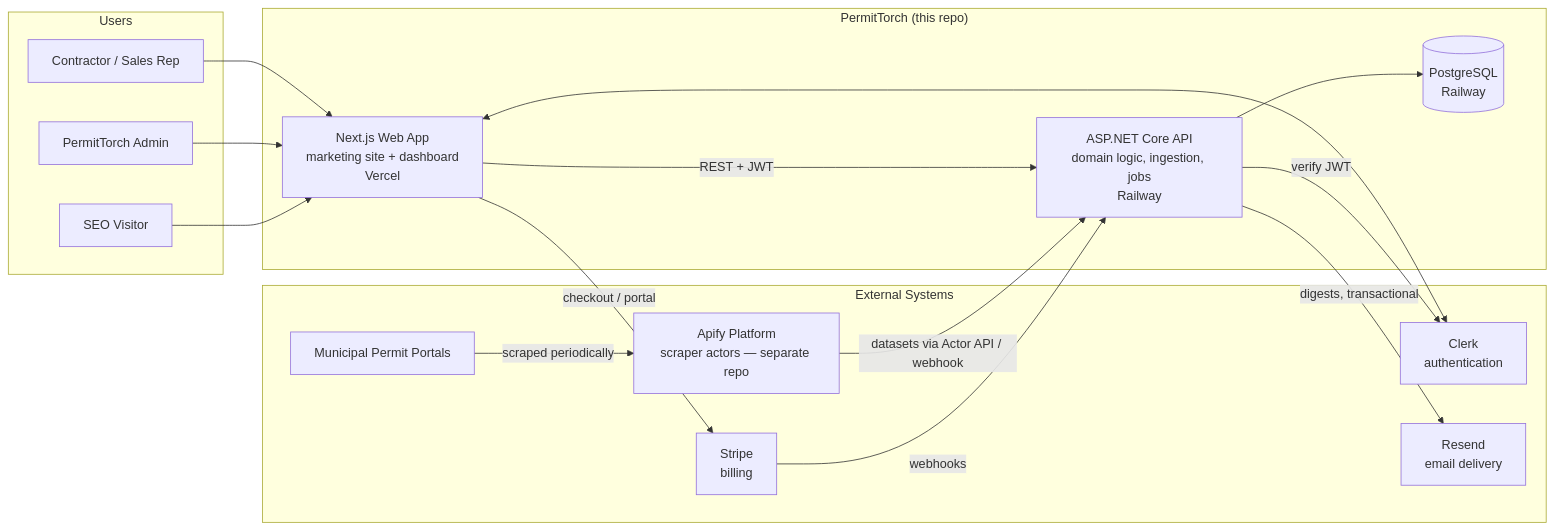
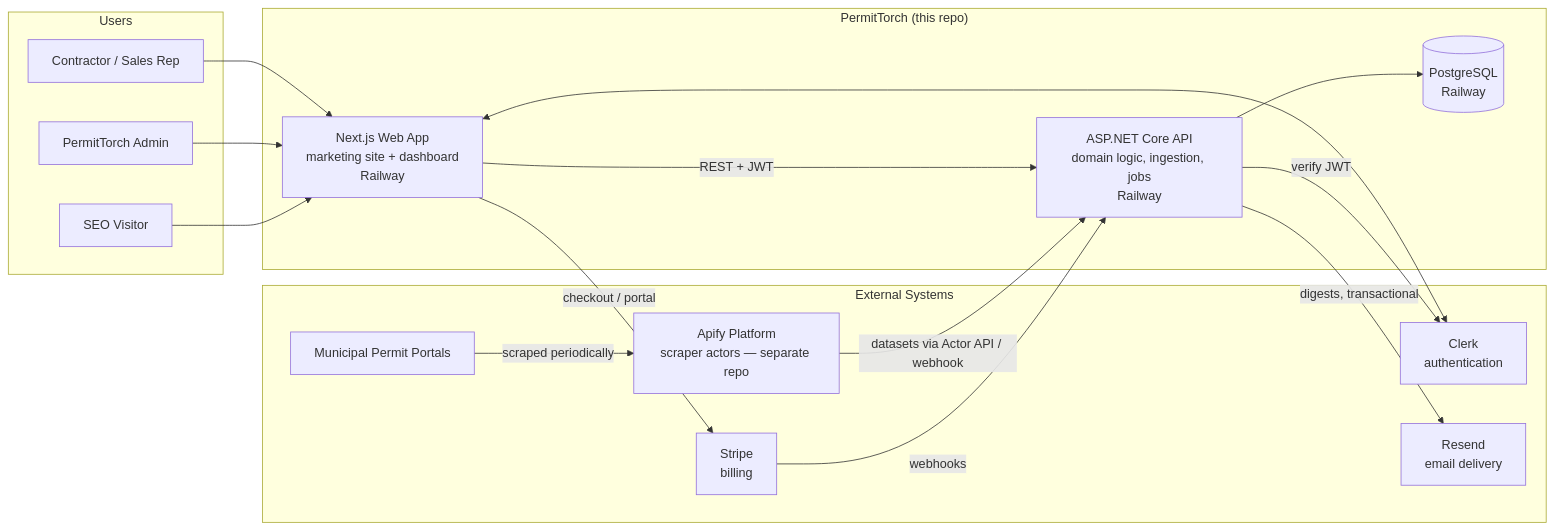
Before and after one commit to andypnguyen11-gif/permittorch: the first of 4 diagrams in Architecture.md, drawn with Mermaid. The commit also changed other lines of this file and 9 other files, not shown here.

````diff
--- a/Architecture.md
+++ b/Architecture.md
@@ -31,36 +31,36 @@
 ```mermaid
 flowchart LR
     subgraph External["External Systems"]
         MP[Municipal Permit Portals]
         APIFY[Apify Platform<br/>scraper actors — separate repo]
         CLERK[Clerk<br/>authentication]
         STRIPE[Stripe<br/>billing]
         RESEND[Resend<br/>email delivery]
     end
 
     subgraph PermitTorch["PermitTorch (this repo)"]
-        WEB[Next.js Web App<br/>marketing site + dashboard<br/>Vercel]
+        WEB[Next.js Web App<br/>marketing site + dashboard<br/>Railway]
         API[ASP.NET Core API<br/>domain logic, ingestion, jobs<br/>Railway]
         DB[(PostgreSQL<br/>Railway)]
     end
 
     subgraph Users
         CONTRACTOR[Contractor / Sales Rep]
         ADMIN[PermitTorch Admin]
         VISITOR[SEO Visitor]
     end
 
     MP -->|scraped periodically| APIFY
     APIFY -->|datasets via Actor API / webhook| API
     API --> DB
     WEB -->|REST + JWT| API
     WEB <--> CLERK
     API -->|verify JWT| CLERK
     STRIPE -->|webhooks| API
     WEB -->|checkout / portal| STRIPE
     API -->|digests, transactional| RESEND
 
     CONTRACTOR --> WEB
     ADMIN --> WEB
     VISITOR --> WEB
 ```
````
